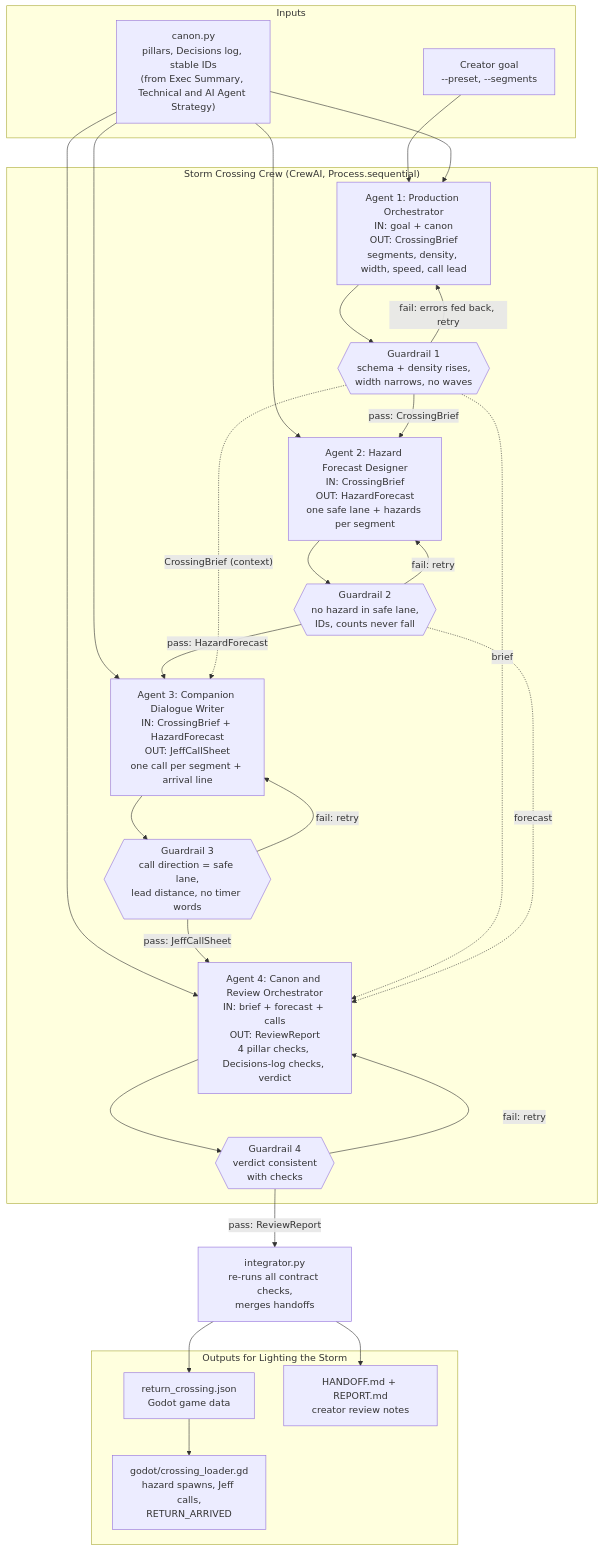
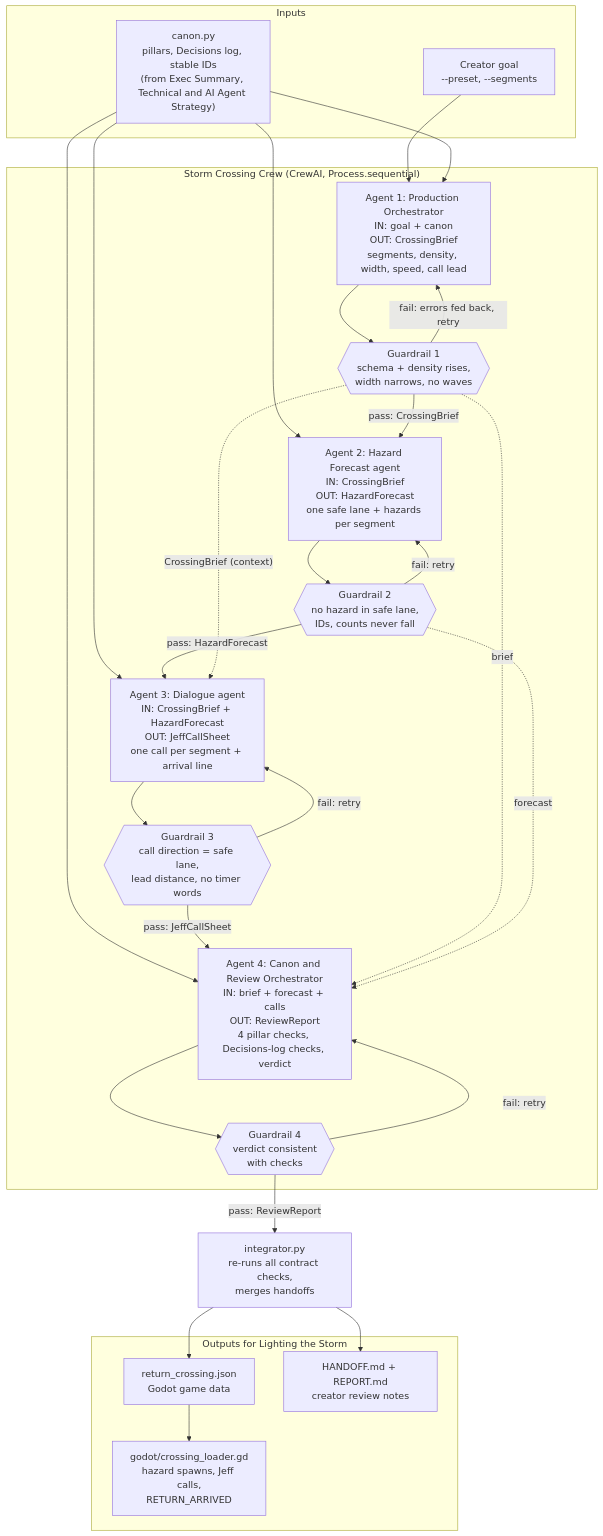
The diagram in Agent Crew/storm_crew/storm_crew/crew_architecture.mermaid (keanetheory/AI_GameDev), drawn with Mermaid before and after one commit. The commit also changed 86 other files, not shown here.

```diff
--- a/Agent Crew/storm_crew/storm_crew/crew_architecture.mermaid
+++ b/Agent Crew/storm_crew/storm_crew/crew_architecture.mermaid
@@ -1,44 +1,44 @@
 flowchart TD
     subgraph IN["Inputs"]
         GOAL["Creator goal<br/>--preset, --segments"]
         CANON["canon.py<br/>pillars, Decisions log, stable IDs<br/>(from Exec Summary, Technical and AI Agent Strategy)"]
     end
 
     subgraph CREW["Storm Crossing Crew (CrewAI, Process.sequential)"]
         A1["Agent 1: Production Orchestrator<br/>IN: goal + canon<br/>OUT: CrossingBrief<br/>segments, density, width, speed, call lead"]
         G1{{"Guardrail 1<br/>schema + density rises,<br/>width narrows, no waves"}}
-        A2["Agent 2: Hazard Forecast Designer<br/>IN: CrossingBrief<br/>OUT: HazardForecast<br/>one safe lane + hazards per segment"]
+        A2["Agent 2: Hazard Forecast agent<br/>IN: CrossingBrief<br/>OUT: HazardForecast<br/>one safe lane + hazards per segment"]
         G2{{"Guardrail 2<br/>no hazard in safe lane,<br/>IDs, counts never fall"}}
-        A3["Agent 3: Companion Dialogue Writer<br/>IN: CrossingBrief + HazardForecast<br/>OUT: JeffCallSheet<br/>one call per segment + arrival line"]
+        A3["Agent 3: Dialogue agent<br/>IN: CrossingBrief + HazardForecast<br/>OUT: JeffCallSheet<br/>one call per segment + arrival line"]
         G3{{"Guardrail 3<br/>call direction = safe lane,<br/>lead distance, no timer words"}}
         A4["Agent 4: Canon and Review Orchestrator<br/>IN: brief + forecast + calls<br/>OUT: ReviewReport<br/>4 pillar checks, Decisions-log checks, verdict"]
         G4{{"Guardrail 4<br/>verdict consistent<br/>with checks"}}
     end
 
     INT["integrator.py<br/>re-runs all contract checks,<br/>merges handoffs"]
 
     subgraph OUT["Outputs for Lighting the Storm"]
         JSON["return_crossing.json<br/>Godot game data"]
         HO["HANDOFF.md + REPORT.md<br/>creator review notes"]
         GD["godot/crossing_loader.gd<br/>hazard spawns, Jeff calls,<br/>RETURN_ARRIVED"]
     end
 
     GOAL --> A1
     CANON --> A1 & A2 & A3 & A4
     A1 --> G1
     G1 -- "fail: errors fed back, retry" --> A1
     G1 -- "pass: CrossingBrief" --> A2
     A2 --> G2
     G2 -- "fail: retry" --> A2
     G2 -- "pass: HazardForecast" --> A3
     G1 -. "CrossingBrief (context)" .-> A3
     A3 --> G3
     G3 -- "fail: retry" --> A3
     G3 -- "pass: JeffCallSheet" --> A4
     G1 -. "brief" .-> A4
     G2 -. "forecast" .-> A4
     A4 --> G4
     G4 -- "fail: retry" --> A4
     G4 -- "pass: ReviewReport" --> INT
     INT --> JSON & HO
     JSON --> GD
```
